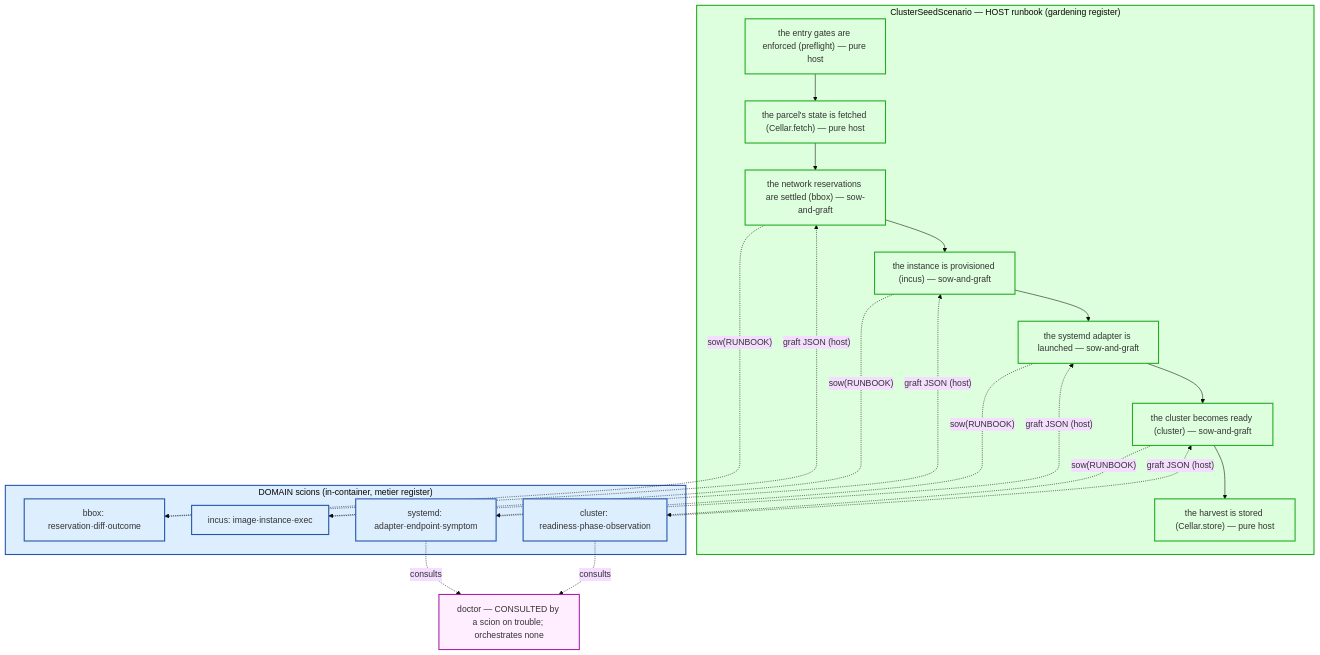
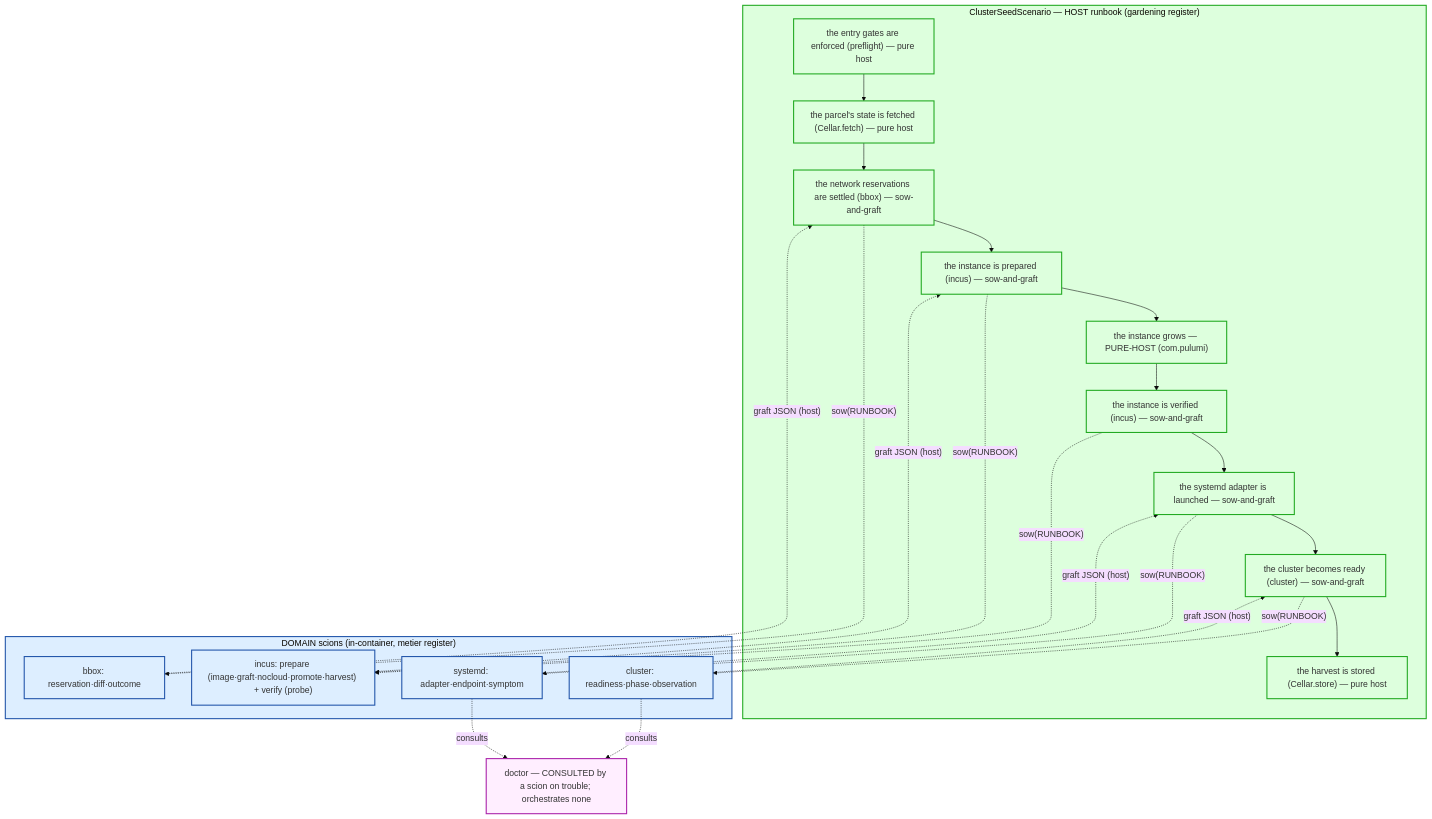
One commit to nxmatic/rke2lab changed the fourth of 4 diagrams in docs/architecture/bdd/bdd.adoc. Above: the diagram before and after it, drawn with Mermaid (base theme). The commit also changed other lines of this file and 8 other files, not shown here.

```diff
--- a/docs/architecture/bdd/bdd.adoc
+++ b/docs/architecture/bdd/bdd.adoc
@@ -397,38 +397,42 @@
 [mermaid]
 ....
 flowchart TB
   subgraph root["ClusterSeedScenario — HOST runbook (gardening register)"]
     r0["the entry gates are enforced (preflight) — pure host"]
     rc["the parcel's state is fetched (Cellar.fetch) — pure host"]
     r1["the network reservations are settled (bbox) — sow-and-graft"]
-    r2["the instance is provisioned (incus) — sow-and-graft"]
+    r2a["the instance is prepared (incus) — sow-and-graft"]
+    r2b["the instance grows — PURE-HOST (com.pulumi)"]
+    r2c["the instance is verified (incus) — sow-and-graft"]
     r3["the systemd adapter is launched — sow-and-graft"]
     r4["the cluster becomes ready (cluster) — sow-and-graft"]
     r5["the harvest is stored (Cellar.store) — pure host"]
-    r0 --> rc --> r1 --> r2 --> r3 --> r4 --> r5
+    r0 --> rc --> r1 --> r2a --> r2b --> r2c --> r3 --> r4 --> r5
   end
   subgraph scions["DOMAIN scions (in-container, metier register)"]
     s1["bbox: reservation·diff·outcome"]
-    s2["incus: image·instance·exec"]
+    s2["incus: prepare (image·graft·nocloud·promote·harvest) + verify (probe)"]
     s3["systemd: adapter·endpoint·symptom"]
     s4["cluster: readiness·phase·observation"]
   end
   doctor["doctor — CONSULTED by a scion on trouble; orchestrates none"]
   r1 -."sow(RUNBOOK)".-> s1
-  r2 -."sow(RUNBOOK)".-> s2
+  r2a -."sow(RUNBOOK)".-> s2
+  r2c -."sow(RUNBOOK)".-> s2
   r3 -."sow(RUNBOOK)".-> s3
   r4 -."sow(RUNBOOK)".-> s4
   s1 -.graft JSON (host).-> r1
-  s2 -.graft JSON (host).-> r2
+  s2 -.graft JSON (host).-> r2a
   s3 -.graft JSON (host).-> r3
   s4 -.graft JSON (host).-> r4
   s3 -.consults.-> doctor
   s4 -.consults.-> doctor
 
   classDef host fill:#dfd,stroke:#2a2,stroke-width:2px;
   classDef dom fill:#def,stroke:#25a,stroke-width:2px;
   classDef doc fill:#fef,stroke:#a2a,stroke-width:2px;
-  class root,r0,rc,r1,r2,r3,r4,r5 host;
+  class root,r0,rc,r1,r2a,r2c,r3,r4,r5 host;
+  class r2b host;
   class scions,s1,s2,s3,s4 dom;
   class doctor doc;
 ....
```
